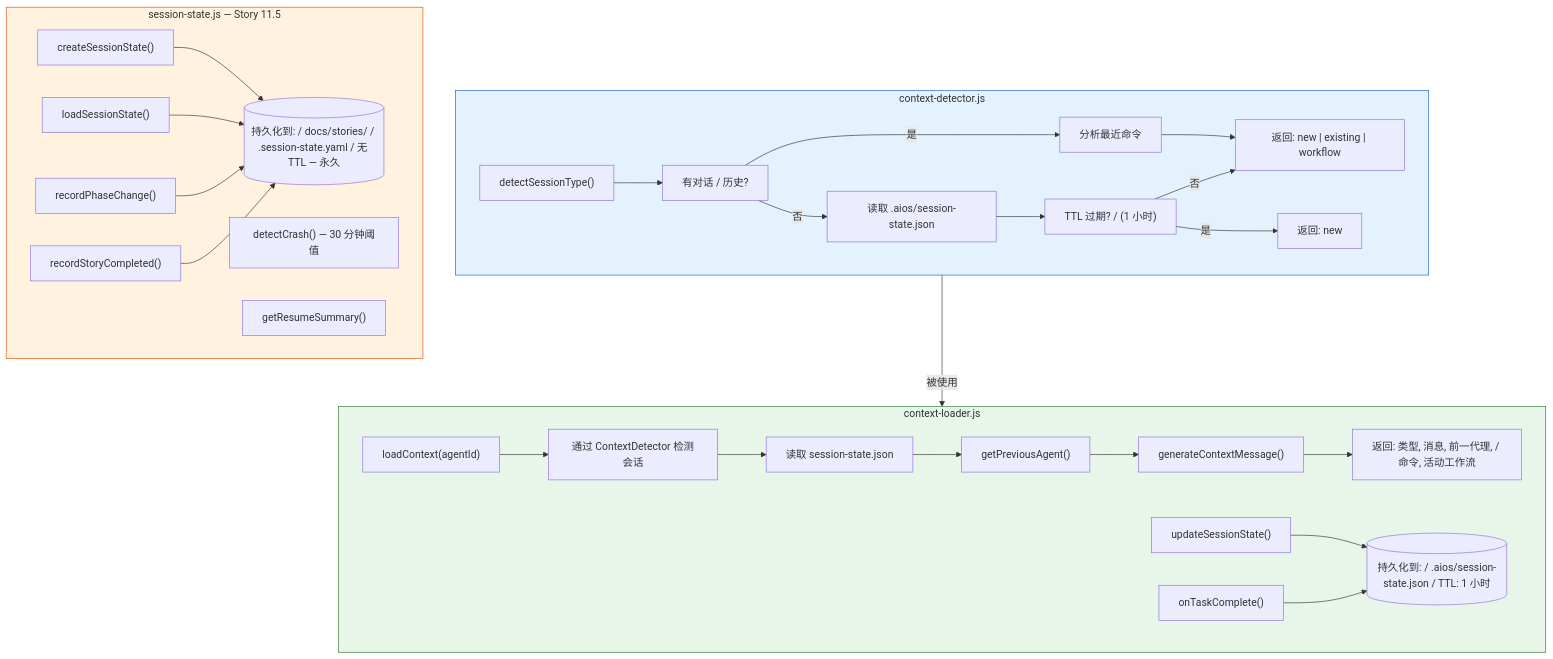
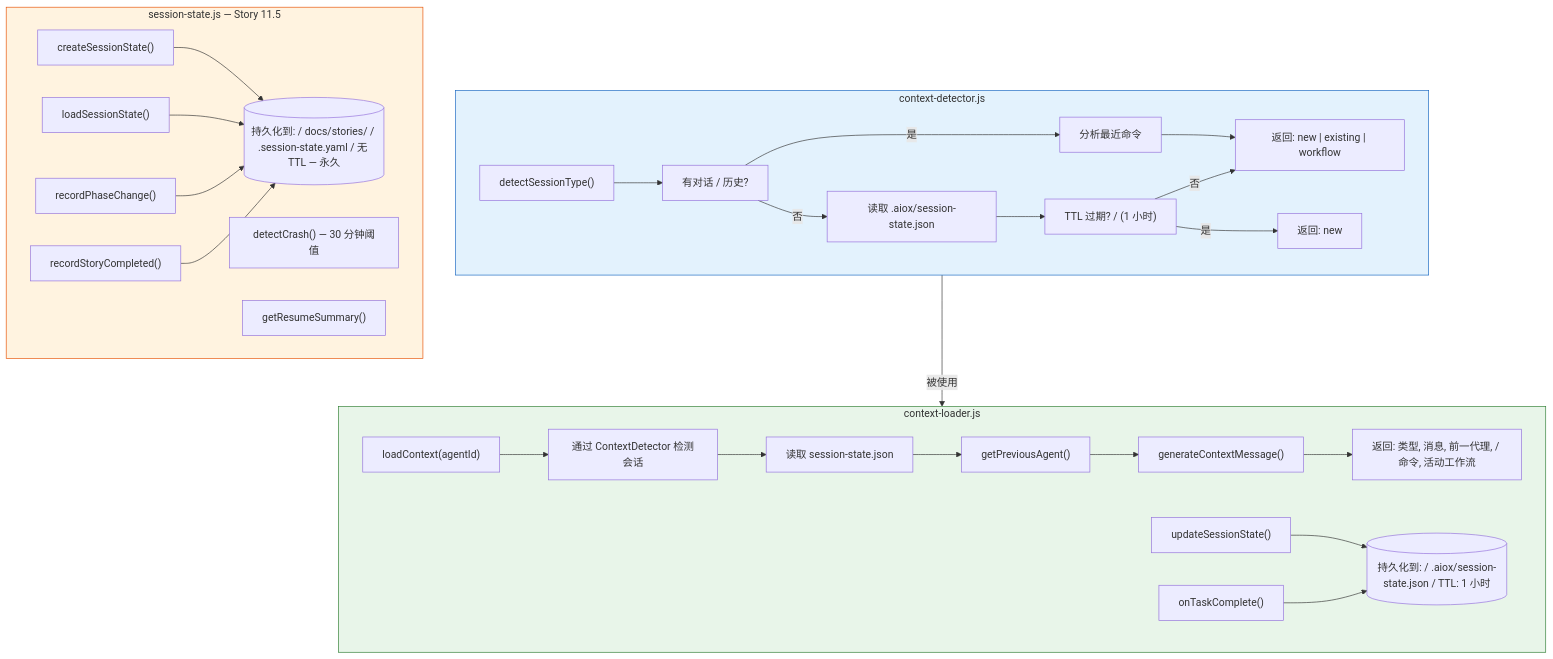
One commit to bychrisr/aios-docs changed the seventh of 18 diagrams in content/en/docs/zh/guides/MEMORY-SYSTEM.mdx. Above: the diagram before and after it, drawn with Mermaid. The commit also changed other lines of this file and 564 other files, not shown here.

````diff
--- a/content/en/docs/zh/guides/MEMORY-SYSTEM.mdx
+++ b/content/en/docs/zh/guides/MEMORY-SYSTEM.mdx
@@ -301,60 +301,60 @@
 ```mermaid
 flowchart TD
     subgraph CTX_DETECT["context-detector.js"]
         CD1["detectSessionType()"]
         CD2["有对话 / 历史?"]
         CD3["分析最近命令"]
-        CD4["读取 .aios/session-state.json"]
+        CD4["读取 .aiox/session-state.json"]
         CD5["返回: new | existing | workflow"]
         CD6["TTL 过期? / (1 小时)"]
 
         CD1 --> CD2
         CD2 -->|"是"| CD3
         CD2 -->|"否"| CD4
         CD3 --> CD5
         CD4 --> CD6
         CD6 -->|"是"| CD7["返回: new"]
         CD6 -->|"否"| CD5
     end
 
     subgraph CTX_LOADER["context-loader.js"]
         CL1["loadContext(agentId)"]
         CL2["通过 ContextDetector 检测会话"]
         CL3["读取 session-state.json"]
         CL4["getPreviousAgent()"]
         CL5["generateContextMessage()"]
         CL6["返回: 类型, 消息, 前一代理, / 命令, 活动工作流"]
         CL7["updateSessionState()"]
         CL8["onTaskComplete()"]
-        CL9[("持久化到: / .aios/session-state.json / TTL: 1 小时")]
+        CL9[("持久化到: / .aiox/session-state.json / TTL: 1 小时")]
 
         CL1 --> CL2
         CL2 --> CL3
         CL3 --> CL4
         CL4 --> CL5
         CL5 --> CL6
         CL7 --> CL9
         CL8 --> CL9
     end
 
     subgraph SESS_STATE["session-state.js — Story 11.5"]
         SS1["createSessionState()"]
         SS2["loadSessionState()"]
         SS3["recordPhaseChange()"]
         SS4["recordStoryCompleted()"]
         SS5["detectCrash() — 30 分钟阈值"]
         SS6["getResumeSummary()"]
         SS7[("持久化到: / docs/stories/ / .session-state.yaml / 无 TTL — 永久")]
 
         SS1 --> SS7
         SS2 --> SS7
         SS3 --> SS7
         SS4 --> SS7
     end
 
     CTX_DETECT -->|"被使用"| CTX_LOADER
 
     style CTX_DETECT fill:#E3F2FD,stroke:#1565C0
     style CTX_LOADER fill:#E8F5E9,stroke:#2E7D32
     style SESS_STATE fill:#FFF3E0,stroke:#E65100
 ```
````
